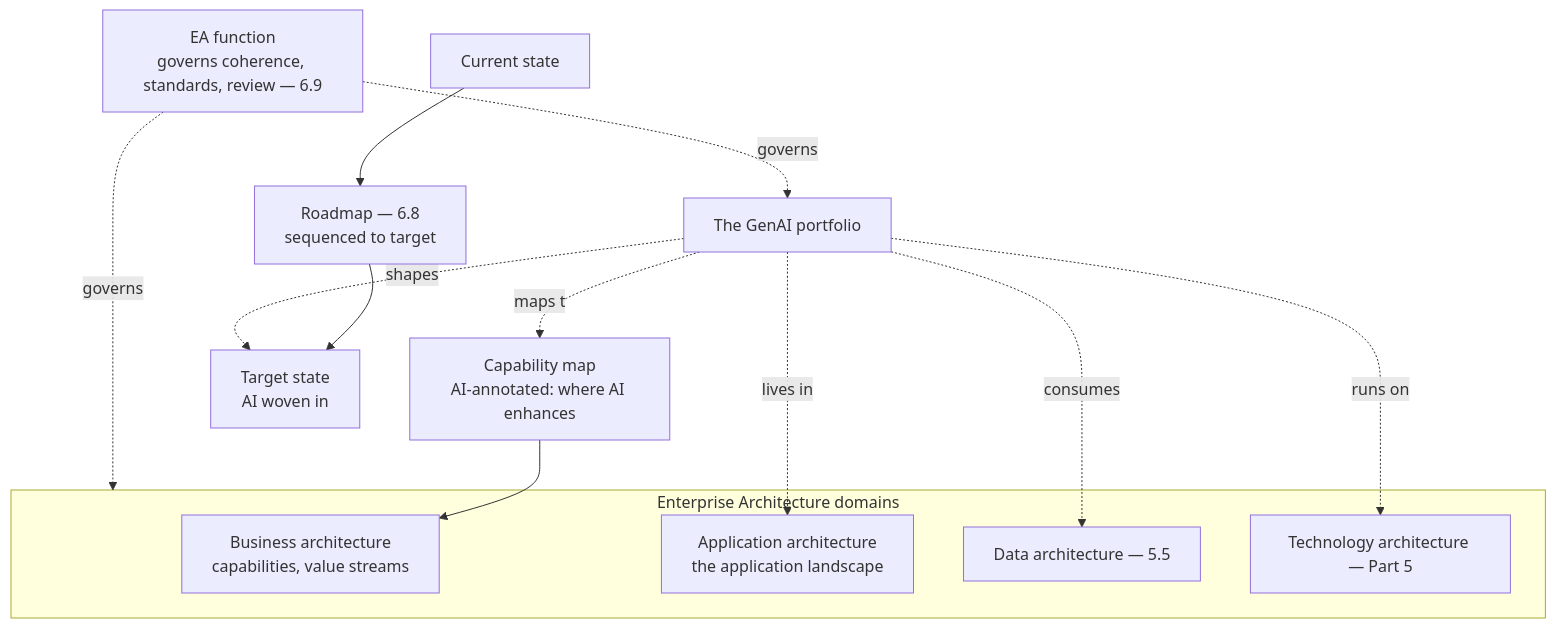
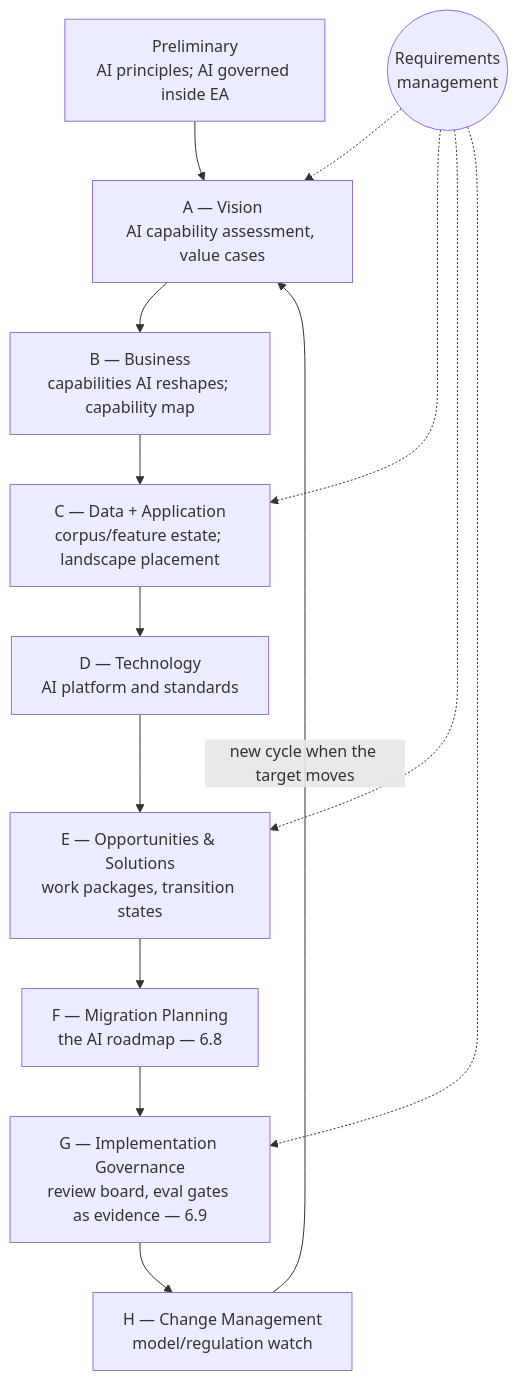
One commit to sivakrushna-works/GSAC changed the diagram in curriculum/part-6-enterprise-architecture/chapter-01-ea-frameworks.md. Above: the diagram before and after it, drawn with Mermaid. The commit also changed other lines of this file and 10 other files, not shown here.

````diff
--- a/curriculum/part-6-enterprise-architecture/chapter-01-ea-frameworks.md
+++ b/curriculum/part-6-enterprise-architecture/chapter-01-ea-frameworks.md
@@ -62,17 +96,13 @@
 ```mermaid
 flowchart TD
-    subgraph EA [Enterprise Architecture domains]
-        BIZ[Business architecture<br/>capabilities, value streams]
-        APP[Application architecture<br/>the application landscape]
-        DATA[Data architecture — 5.5]
-        TECH[Technology architecture — Part 5]
-    end
-    CAPMAP[Capability map<br/>AI-annotated: where AI enhances] --> BIZ
-    AIPORT[The GenAI portfolio] -.maps to.-> CAPMAP
-    AIPORT -.lives in.-> APP
-    AIPORT -.consumes.-> DATA
-    AIPORT -.runs on.-> TECH
-    CURRENT[Current state] --> ROADMAP[Roadmap — 6.8<br/>sequenced to target] --> TARGET[Target state<br/>AI woven in]
-    EAFUNC[EA function<br/>governs coherence, standards, review — 6.9] -.governs.-> EA & AIPORT
-    AIPORT -.shapes.-> TARGET
+    P[Preliminary<br/>AI principles; AI governed inside EA] --> A[A — Vision<br/>AI capability assessment, value cases]
+    A --> B[B — Business<br/>capabilities AI reshapes; capability map]
+    B --> C[C — Data + Application<br/>corpus/feature estate; landscape placement]
+    C --> D[D — Technology<br/>AI platform and standards]
+    D --> E[E — Opportunities & Solutions<br/>work packages, transition states]
+    E --> F[F — Migration Planning<br/>the AI roadmap — 6.8]
+    F --> G[G — Implementation Governance<br/>review board, eval gates as evidence — 6.9]
+    G --> H[H — Change Management<br/>model/regulation watch]
+    H -->|new cycle when the target moves| A
+    RM((Requirements<br/>management)) -.-> A & C & E & G
 ```
````
